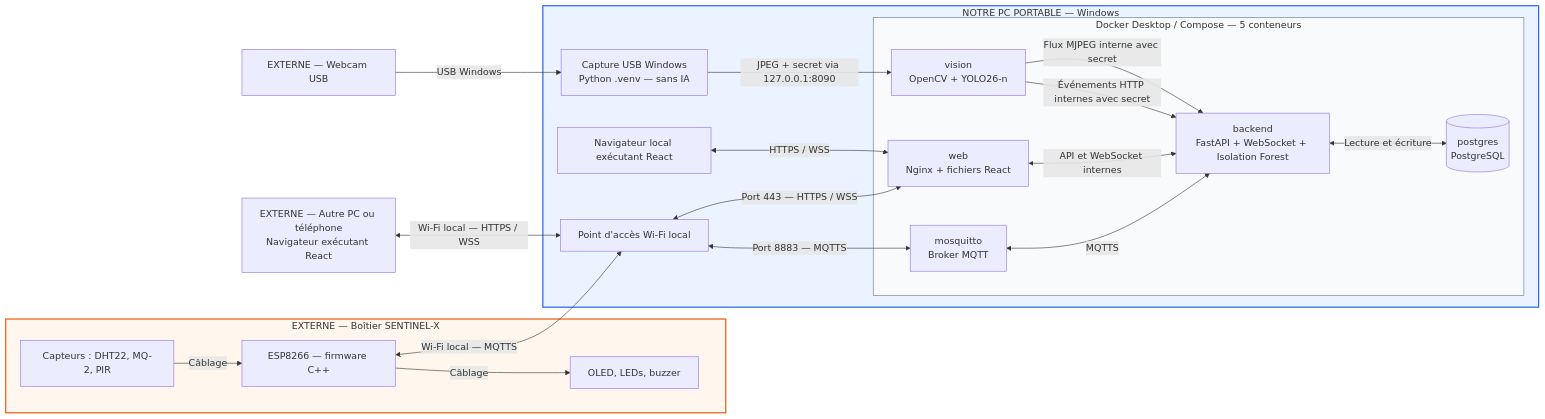
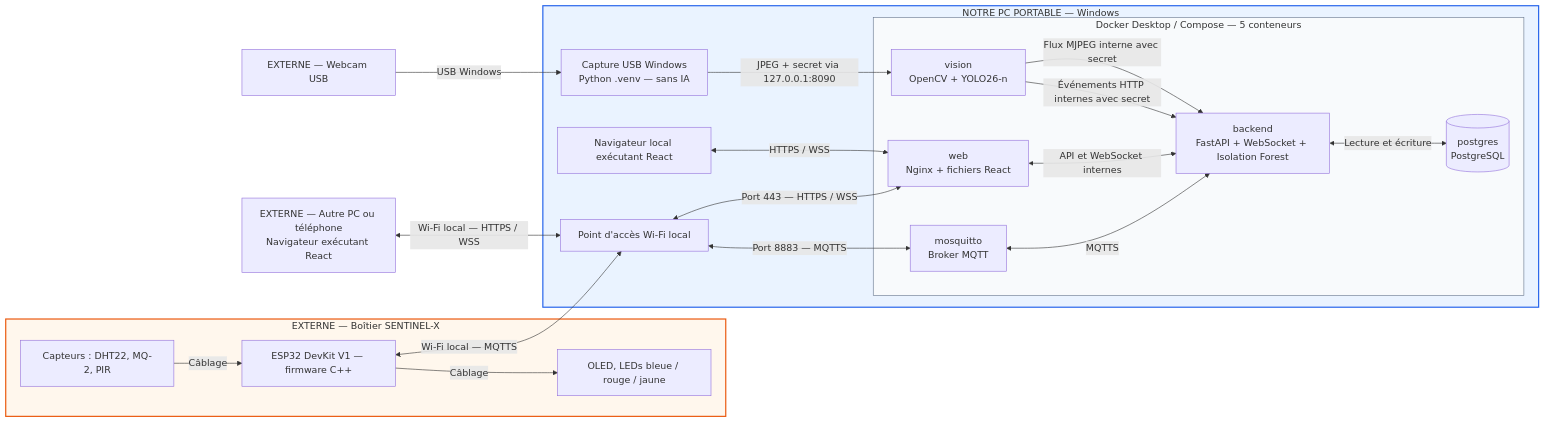
Before and after one commit to nolbert82/workshop-frontier-defense: the diagram in SPECIFICATIONS.md, drawn with Mermaid. The commit also changed other lines of this file and 4 other files, not shown here.

````diff
--- a/SPECIFICATIONS.md
+++ b/SPECIFICATIONS.md
@@ -36,43 +45,43 @@
 ```mermaid
 flowchart LR
     subgraph BOITIER["EXTERNE — Boîtier SENTINEL-X"]
-        C["Capteurs : DHT22, MQ-2, PIR"] -->|Câblage| E["ESP8266 — firmware C++"]
-        E -->|Câblage| A["OLED, LEDs, buzzer"]
+        C["Capteurs : DHT22, MQ-2, PIR"] -->|Câblage| E["ESP32 DevKit V1 — firmware C++"]
+        E -->|Câblage| A["OLED, LEDs bleue / rouge / jaune"]
     end
 
     CAM["EXTERNE — Webcam USB"]
     U["EXTERNE — Autre PC ou téléphone<br/>Navigateur exécutant React"]
 
     subgraph PC["NOTRE PC PORTABLE — Windows"]
         WIFI["Point d'accès Wi-Fi local"]
         LOCAL["Navigateur local exécutant React"]
         CAP["Capture USB Windows<br/>Python .venv — sans IA"]
 
         subgraph DOCKER["Docker Desktop / Compose — 5 conteneurs"]
             V["vision<br/>OpenCV + YOLO26-n"]
             M["mosquitto<br/>Broker MQTT"]
             B["backend<br/>FastAPI + WebSocket + Isolation Forest"]
             P[("postgres<br/>PostgreSQL")]
             W["web<br/>Nginx + fichiers React"]
 
             M <-->|MQTTS| B
             B <-->|Lecture et écriture| P
             W <-->|API et WebSocket internes| B
         end
 
         V -->|Événements HTTP internes avec secret| B
         V -->|Flux MJPEG interne avec secret| B
         WIFI <-->|Port 8883 — MQTTS| M
         WIFI <-->|Port 443 — HTTPS / WSS| W
         LOCAL <-->|HTTPS / WSS| W
     end
 
     E <-->|Wi-Fi local — MQTTS| WIFI
     U <-->|Wi-Fi local — HTTPS / WSS| WIFI
     CAM -->|USB Windows| CAP
     CAP -->|JPEG + secret via 127.0.0.1:8090| V
 
     style PC fill:#eaf3ff,stroke:#2563eb,stroke-width:2px
     style DOCKER fill:#f8fafc,stroke:#64748b
     style BOITIER fill:#fff7ed,stroke:#ea580c,stroke-width:2px
 ```
````
